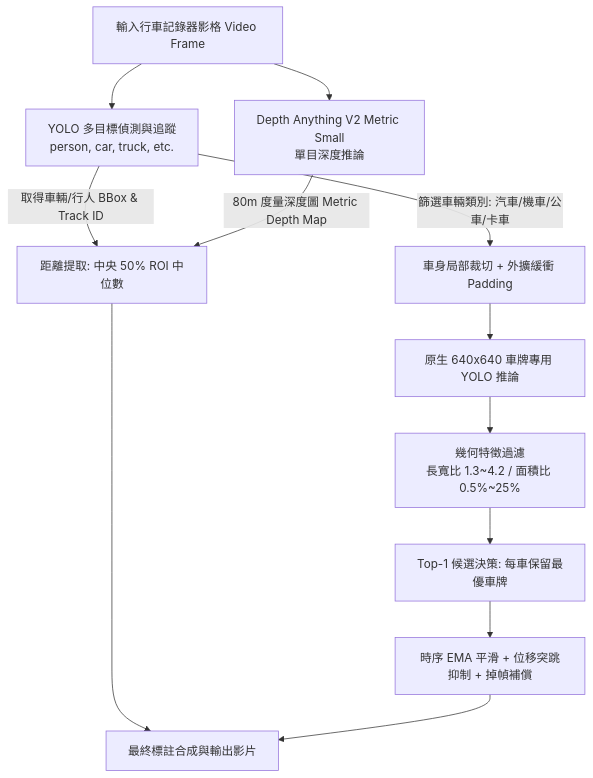
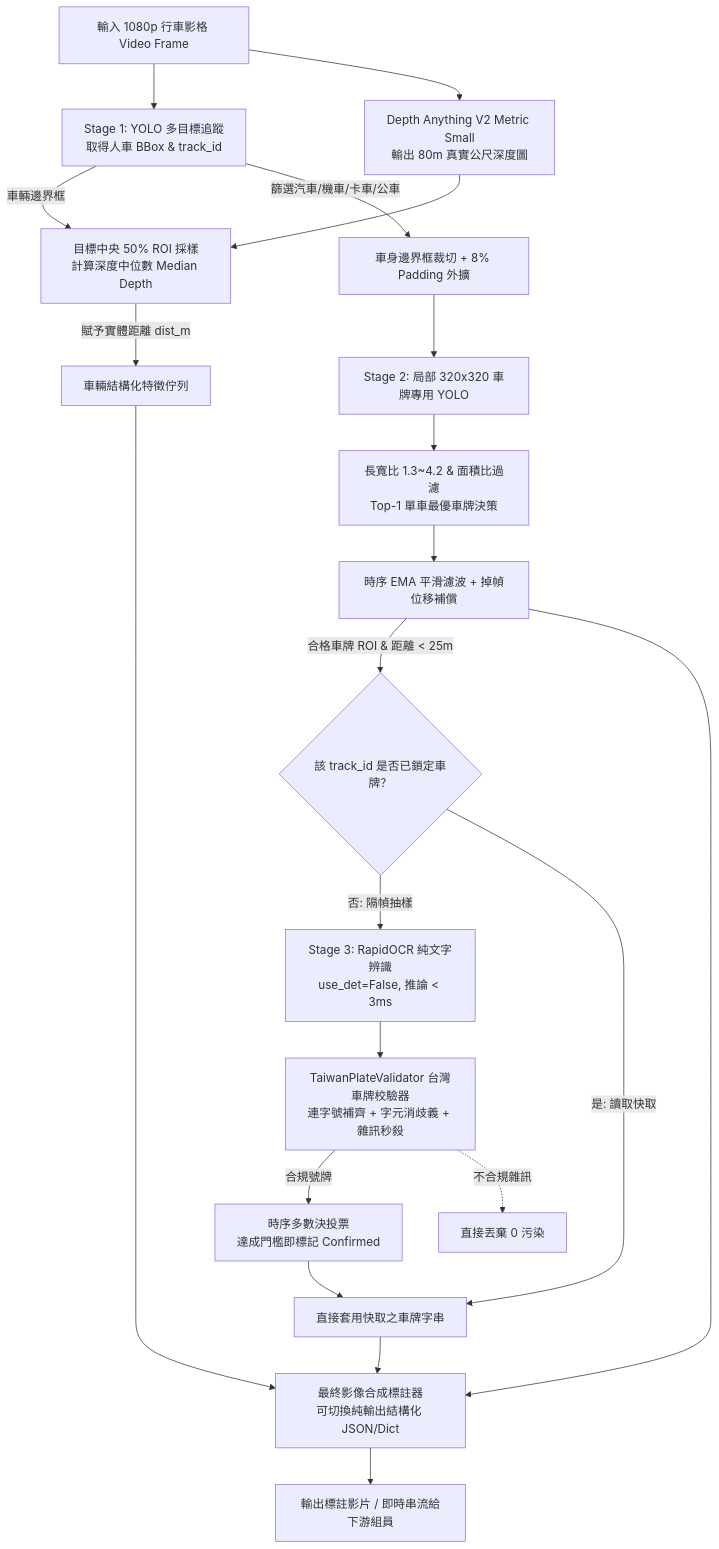
Before and after one commit to snowmaple777/AI-powered-Automatic-Traffic-Violation-Reporting-System: the diagram in perception/README.md, drawn with Mermaid. The commit also changed other lines of this file and 82 other files, not shown here.

````diff
--- a/perception/README.md
+++ b/perception/README.md
@@ -9,18 +72,28 @@
 ```mermaid
 flowchart TD
-    A[輸入行車記錄器影格 Video Frame] --> B[YOLO 多目標偵測與追蹤\nperson, car, truck, etc.]
-    A --> C[Depth Anything V2 Metric Small\n單目深度推論]
+    A[輸入 1080p 行車影格 Video Frame] --> B[Stage 1: YOLO 多目標追蹤\n取得人車 BBox & track_id]
+    A --> C[Depth Anything V2 Metric Small\n輸出 80m 真實公尺深度圖]
     
-    B -->|取得車輛/行人 BBox & Track ID| D[距離提取: 中央 50% ROI 中位數]
-    C -->|80m 度量深度圖 Metric Depth Map| D
+    B -->|車輛邊界框| D[目標中央 50% ROI 採樣\n計算深度中位數 Median Depth]
+    C --> D
+    D -->|賦予實體距離 dist_m| E[車輛結構化特徵佇列]
     
-    B -->|篩選車輛類別: 汽車/機車/公車/卡車| E[車身局部裁切 + 外擴緩衝 Padding]
-    E --> F[原生 640x640 車牌專用 YOLO 推論]
+    B -->|篩選汽車/機車/卡車/公車| F[車身邊界框裁切 + 8% Padding 外擴]
+    F --> G[Stage 2: 局部 320x320 車牌專用 YOLO]
     
-    F --> G[幾何特徵過濾\n長寬比 1.3~4.2 / 面積比 0.5%~25%]
-    G --> H[Top-1 候選決策: 每車保留最優車牌]
-    H --> I[時序 EMA 平滑 + 位移突跳抑制 + 掉幀補償]
+    G --> H[長寬比 1.3~4.2 & 面積比過濾\nTop-1 單車最優車牌決策]
+    H --> I[時序 EMA 平滑濾波 + 掉幀位移補償]
     
-    D --> J[最終標註合成與輸出影片]
-    I --> J
+    I -->|合格車牌 ROI & 距離 < 25m| J{該 track_id 是否已鎖定車牌？}
+    J -->|否: 隔幀抽樣| K[Stage 3: RapidOCR 純文字辨識\nuse_det=False, 推論 < 3ms]
+    K --> L[TaiwanPlateValidator 台灣車牌校驗器\n連字號補齊 + 字元消歧義 + 雜訊秒殺]
+    L -->|合規號牌| M[時序多數決投票\n達成門檻即標記 Confirmed]
+    L -.->|不合規雜訊| X[直接丟棄 0 污染]
+    J -->|是: 讀取快取| N[直接套用快取之車牌字串]
+    M --> N
+    
+    E --> O[最終影像合成標註器\n可切換純輸出結構化 JSON/Dict]
+    I --> O
+    N --> O
+    O --> P[輸出標註影片 / 即時串流給下游組員]
 ```
````
